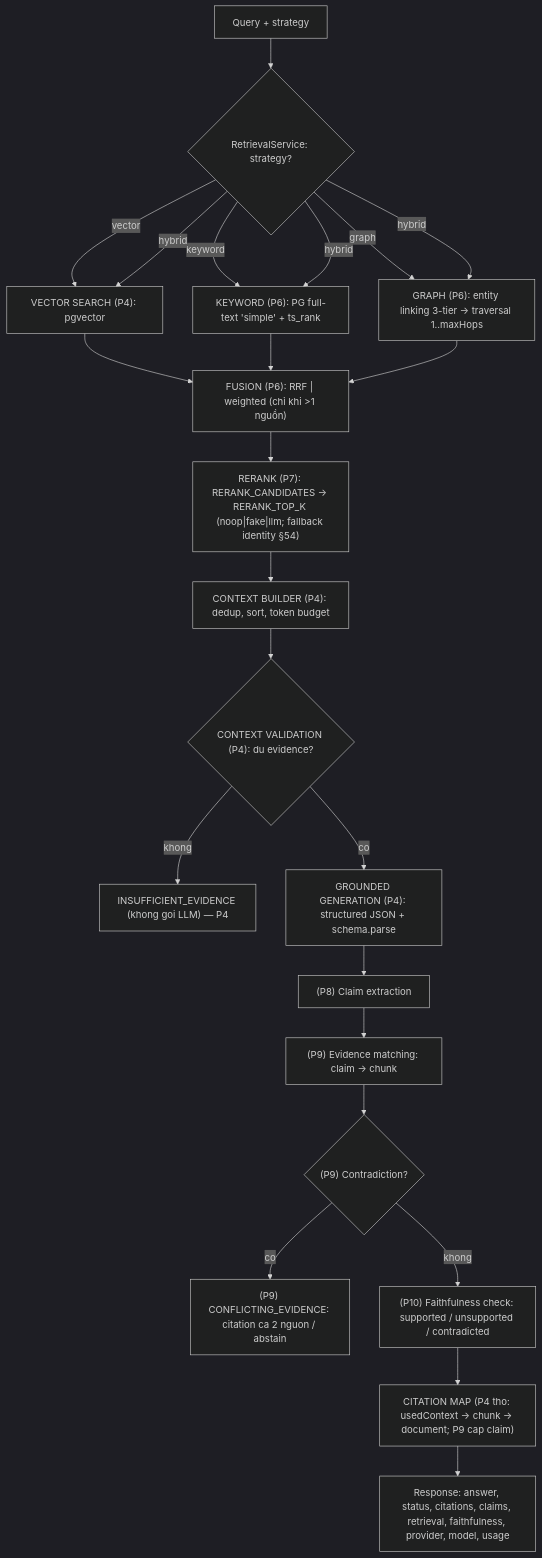
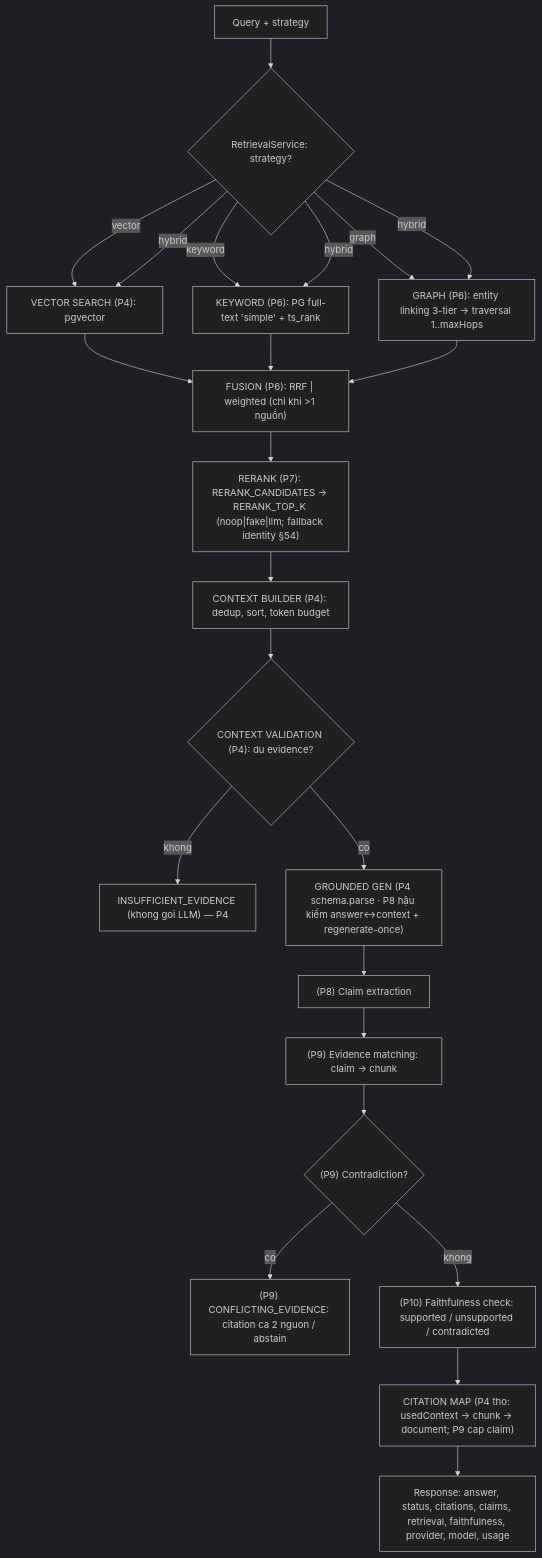
One commit to vietbevis/rag-reliability changed the second of 2 diagrams in docs/architecture/rag-architecture.md. Above: the diagram before and after it, drawn with Mermaid (dark theme). The commit also changed other lines of this file and 20 other files, not shown here.

First line of the commit message:
feat(phase-8): grounded generation nghiêm ngặt + abstention

````diff
--- a/docs/architecture/rag-architecture.md
+++ b/docs/architecture/rag-architecture.md
@@ -112,23 +112,23 @@
 ```mermaid
 flowchart TD
   QRY[Query + strategy] --> DISP{"RetrievalService: strategy?"}
   DISP -->|vector| VEC["VECTOR SEARCH (P4): pgvector"]
   DISP -->|keyword| KW["KEYWORD (P6): PG full-text 'simple' + ts_rank"]
   DISP -->|graph| GR["GRAPH (P6): entity linking 3-tier → traversal 1..maxHops"]
   DISP -->|hybrid| VEC & KW & GR
   VEC --> FUS["FUSION (P6): RRF | weighted (chỉ khi >1 nguồn)"]
   KW --> FUS
   GR --> FUS
   FUS --> RR["RERANK (P7): RERANK_CANDIDATES -> RERANK_TOP_K (noop|fake|llm; fallback identity §54)"]
   RR --> CB["CONTEXT BUILDER (P4): dedup, sort, token budget"]
   CB --> CV{"CONTEXT VALIDATION (P4): du evidence?"}
   CV -->|khong| ABS["INSUFFICIENT_EVIDENCE (khong goi LLM) — P4"]
-  CV -->|co| GEN["GROUNDED GENERATION (P4): structured JSON + schema.parse"]
+  CV -->|co| GEN["GROUNDED GEN (P4 schema.parse · P8 hậu kiểm answer↔context + regenerate-once)"]
   GEN --> CE["(P8) Claim extraction"]
   CE --> EM["(P9) Evidence matching: claim -> chunk"]
   EM --> CD{"(P9) Contradiction?"}
   CD -->|co| CF["(P9) CONFLICTING_EVIDENCE: citation ca 2 nguon / abstain"]
   CD -->|khong| FF["(P10) Faithfulness check: supported / unsupported / contradicted"]
   FF --> CIT["CITATION MAP (P4 tho: usedContext -> chunk -> document; P9 cap claim)"]
   CIT --> RESP["Response: answer, status, citations, claims, retrieval, faithfulness, provider, model, usage"]
 ```
````
